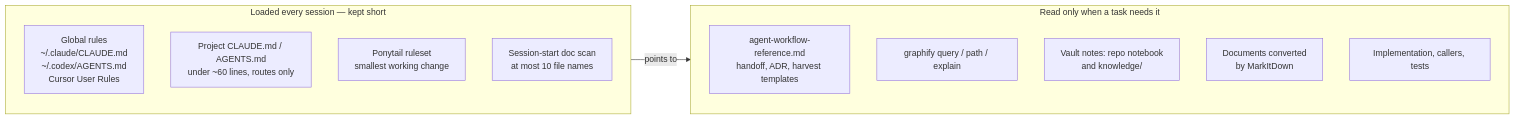
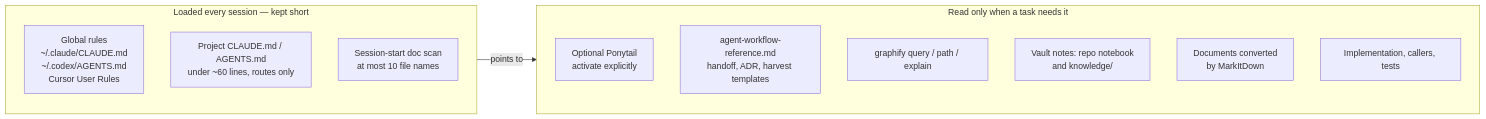
The first of 5 diagrams in docs/how-it-works.md (zandy700/agent-workflow), drawn with Mermaid before and after one commit. The commit also changed other lines of this file and 12 other files, not shown here.

````diff
--- a/docs/how-it-works.md
+++ b/docs/how-it-works.md
@@ -9,17 +9,17 @@
 ```mermaid
 flowchart LR
     subgraph always["Loaded every session — kept short"]
         R["Global rules<br/>~/.claude/CLAUDE.md<br/>~/.codex/AGENTS.md<br/>Cursor User Rules"]
         P["Project CLAUDE.md / AGENTS.md<br/>under ~60 lines, routes only"]
-        PT["Ponytail ruleset<br/>smallest working change"]
         S["Session-start doc scan<br/>at most 10 file names"]
     end
     subgraph demand["Read only when a task needs it"]
+        PT["Optional Ponytail<br/>activate explicitly"]
         REF["agent-workflow-reference.md<br/>handoff, ADR, harvest templates"]
         G["graphify query / path / explain"]
         V["Vault notes: repo notebook<br/>and knowledge/"]
         D["Documents converted<br/>by MarkItDown"]
         C["Implementation, callers, tests"]
     end
     always -->|"points to"| demand
 ```
````
